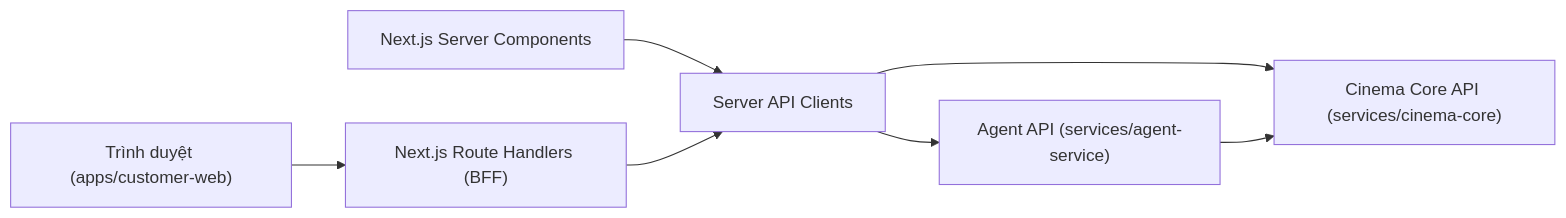
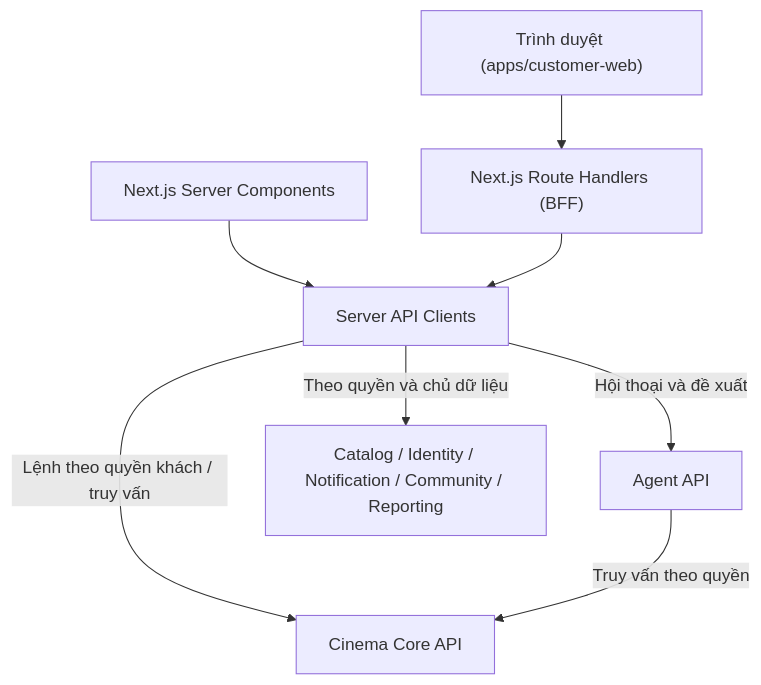
One commit to NhiBuaa/movie-booking-agent changed the diagram in docs/02-architecture/frontend-architecture.md. Above: the diagram before and after it, drawn with Mermaid. The commit also changed other lines of this file and 33 other files, not shown here.

Commit message:
docs: define seven-service architecture and reconcile project documentation

````diff
--- a/docs/02-architecture/frontend-architecture.md
+++ b/docs/02-architecture/frontend-architecture.md
@@ -21,9 +24,10 @@
 ```mermaid
-flowchart LR
+flowchart TB
     Browser["Trình duyệt (apps/customer-web)"] --> BFF["Next.js Route Handlers (BFF)"]
     RSC["Next.js Server Components"] --> CLIENT["Server API Clients"]
     BFF --> CLIENT
-    CLIENT --> CORE["Cinema Core API (services/cinema-core)"]
-    CLIENT --> AGENT["Agent API (services/agent-service)"]
-    AGENT --> CORE
+    CLIENT -->|"Lệnh theo quyền khách / truy vấn"| CORE["Cinema Core API"]
+    CLIENT -->|"Hội thoại và đề xuất"| AGENT["Agent API"]
+    CLIENT -->|"Theo quyền và chủ dữ liệu"| OWNERS["Catalog / Identity / Notification / Community / Reporting"]
+    AGENT -->|"Truy vấn theo quyền"| CORE
 ```
````
